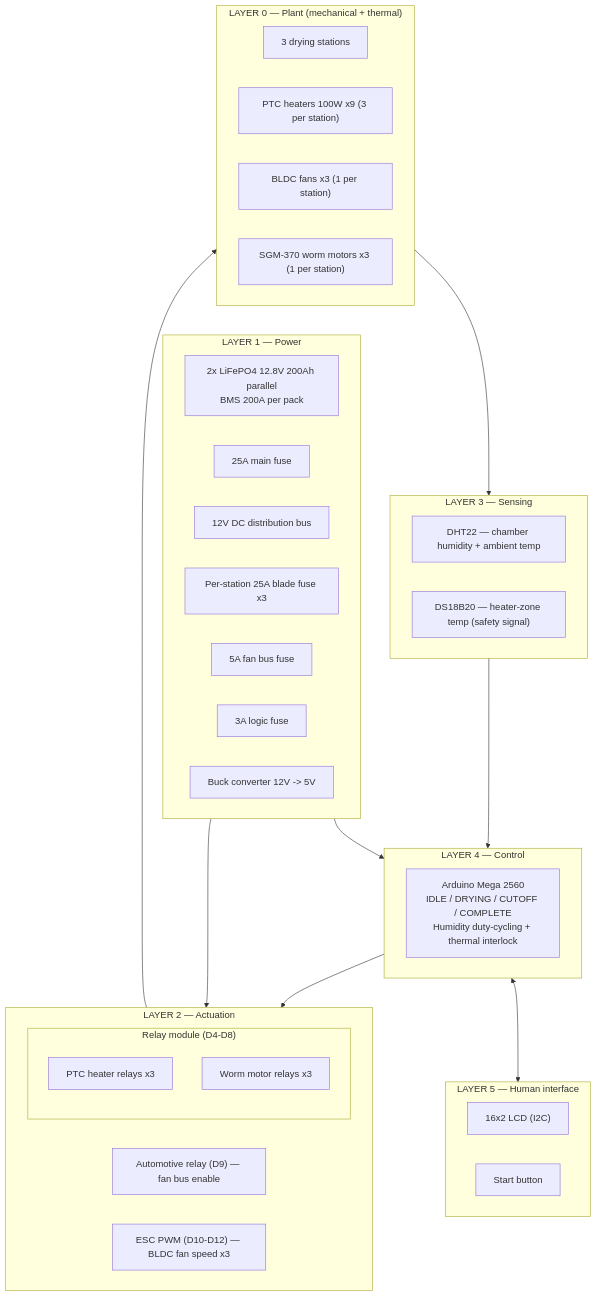
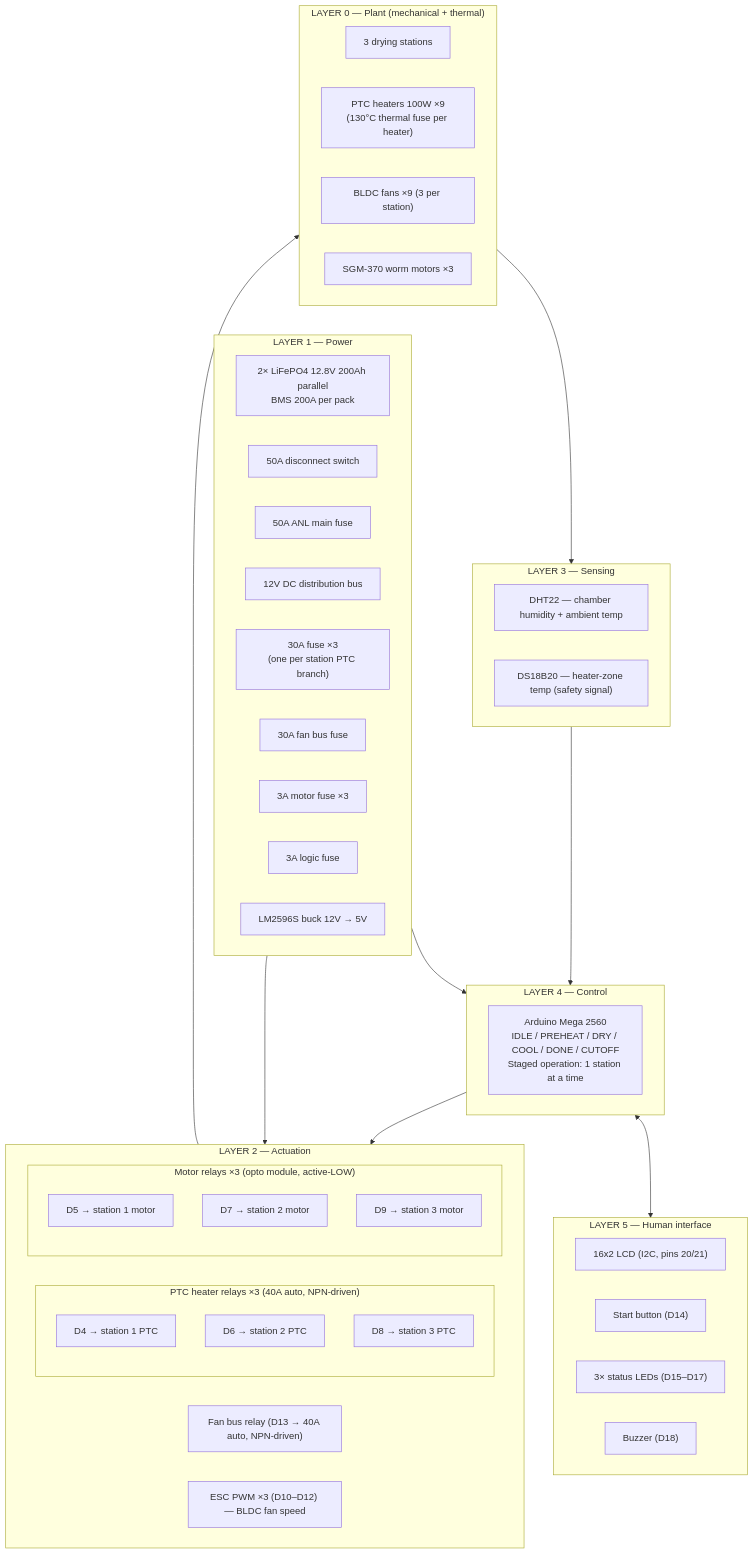
Before and after one commit to qppd/umbrella-dryer-v2: the first of 4 diagrams in docs/SYSTEM-ARCHITECTURE.md, drawn with Mermaid. The commit also changed other lines of this file and 14 other files, not shown here.

First line of the commit message:
Rev 8: site-wide wiring fix — fuses, relays, pin map, staged operation

````diff
--- a/docs/SYSTEM-ARCHITECTURE.md
+++ b/docs/SYSTEM-ARCHITECTURE.md
@@ -7,50 +7,60 @@
 ```mermaid
 flowchart TD
     subgraph L5["LAYER 5 — Human interface"]
-        LCD["16x2 LCD (I2C)"]
-        BTN["Start button"]
+        LCD["16x2 LCD (I2C, pins 20/21)"]
+        BTN["Start button (D14)"]
+        LED["3× status LEDs (D15–D17)"]
+        BUZ["Buzzer (D18)"]
     end
 
     subgraph L4["LAYER 4 — Control"]
-        FW["Arduino Mega 2560<br/>IDLE / DRYING / CUTOFF / COMPLETE<br/>Humidity duty-cycling + thermal interlock"]
+        FW["Arduino Mega 2560<br/>IDLE / PREHEAT / DRY / COOL / DONE / CUTOFF<br/>Staged operation: 1 station at a time"]
     end
 
     subgraph L3["LAYER 3 — Sensing"]
         DHT["DHT22 — chamber humidity + ambient temp"]
         DS["DS18B20 — heater-zone temp (safety signal)"]
     end
 
     subgraph L2["LAYER 2 — Actuation"]
-        subgraph RELAY["Relay module (D4-D8)"]
-            PTC["PTC heater relays x3"]
-            MOT["Worm motor relays x3"]
+        subgraph PTC_RELAYS["PTC heater relays ×3 (40A auto, NPN-driven)"]
+            PR1["D4 → station 1 PTC"]
+            PR2["D6 → station 2 PTC"]
+            PR3["D8 → station 3 PTC"]
         end
-        FAN_BUS["Automotive relay (D9) — fan bus enable"]
-        ESC_X["ESC PWM (D10-D12) — BLDC fan speed x3"]
+        subgraph MOT_RELAYS["Motor relays ×3 (opto module, active-LOW)"]
+            MR1["D5 → station 1 motor"]
+            MR2["D7 → station 2 motor"]
+            MR3["D9 → station 3 motor"]
+        end
+        FAN_BUS["Fan bus relay (D13 → 40A auto, NPN-driven)"]
+        ESC_X["ESC PWM ×3 (D10–D12) — BLDC fan speed"]
     end
 
     subgraph L1["LAYER 1 — Power"]
-        BANK["2x LiFePO4 12.8V 200Ah parallel<br/>BMS 200A per pack"]
-        FUSE_MAIN["25A main fuse"]
+        BANK["2× LiFePO4 12.8V 200Ah parallel<br/>BMS 200A per pack"]
+        DISC["50A disconnect switch"]
+        FUSE_MAIN["50A ANL main fuse"]
         DIST["12V DC distribution bus"]
-        FUSE_ST["Per-station 25A blade fuse x3"]
-        FUSE_FAN["5A fan bus fuse"]
+        FUSE_PTC["30A fuse ×3<br/>(one per station PTC branch)"]
+        FUSE_FAN["30A fan bus fuse"]
+        FUSE_MOT["3A motor fuse ×3"]
         FUSE_LOGIC["3A logic fuse"]
-        BUCK["Buck converter 12V -> 5V"]
+        BUCK["LM2596S buck 12V → 5V"]
     end
 
     subgraph L0["LAYER 0 — Plant (mechanical + thermal)"]
         CH["3 drying stations"]
-        PTC_ALL["PTC heaters 100W x9 (3 per station)"]
-        FAN_ALL["BLDC fans x3 (1 per station)"]
-        MOT_ALL["SGM-370 worm motors x3 (1 per station)"]
+        PTC_ALL["PTC heaters 100W ×9<br/>(130°C thermal fuse per heater)"]
+        FAN_ALL["BLDC fans ×9 (3 per station)"]
+        MOT_ALL["SGM-370 worm motors ×3"]
     end
 
     L0 --> L3
     L3 --> L4
     L4 --> L2
     L2 --> L0
     L1 --> L2
     L1 --> L4
     L4 <--> L5
 ```
````
